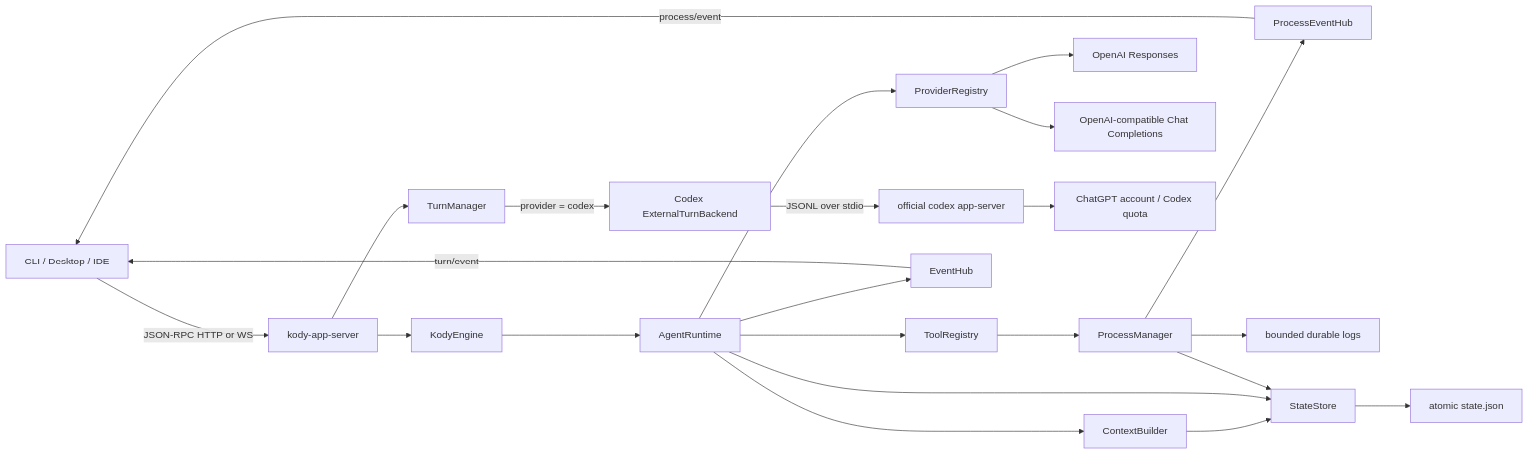
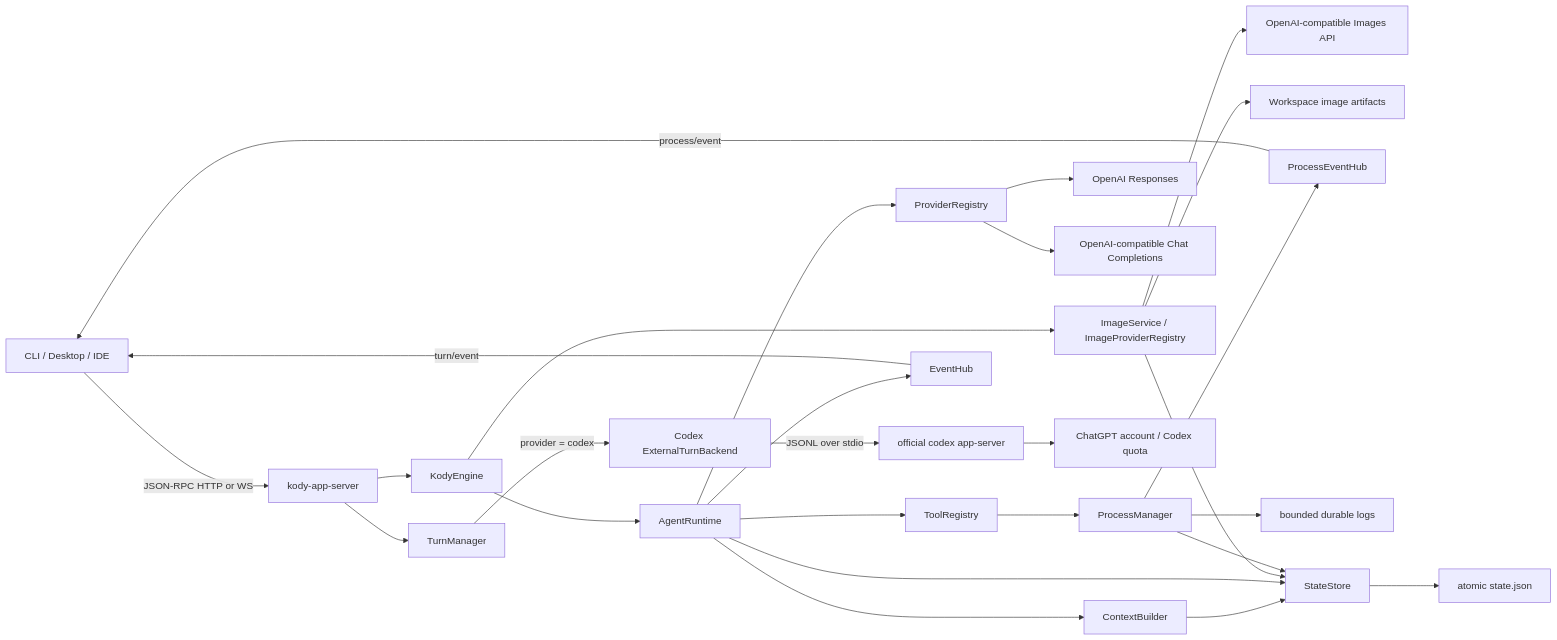
The first of 3 diagrams in docs/architecture.md (jianliang00/kody), drawn with Mermaid before and after one commit. The commit also changed other lines of this file and 47 other files, not shown here.

````diff
--- a/docs/architecture.md
+++ b/docs/architecture.md
@@ -5,25 +5,29 @@
 ```mermaid
 flowchart LR
     Client["CLI / Desktop / IDE"] -->|"JSON-RPC HTTP or WS"| Server["kody-app-server"]
     Server --> Engine["KodyEngine"]
     Server --> TurnManager["TurnManager"]
     Engine --> Runtime["AgentRuntime"]
     Runtime --> Context["ContextBuilder"]
     Runtime --> Providers["ProviderRegistry"]
     Providers --> Responses["OpenAI Responses"]
     Providers --> Compatible["OpenAI-compatible Chat Completions"]
+    Engine --> Images["ImageService / ImageProviderRegistry"]
+    Images --> ImageApi["OpenAI-compatible Images API"]
+    Images --> Artifacts["Workspace image artifacts"]
     TurnManager -->|"provider = codex"| CodexBackend["Codex ExternalTurnBackend"]
     CodexBackend -->|"JSONL over stdio"| CodexSidecar["official codex app-server"]
     CodexSidecar --> ChatGPT["ChatGPT account / Codex quota"]
     Runtime --> Tools["ToolRegistry"]
     Runtime --> Events["EventHub"]
     Tools --> Processes["ProcessManager"]
     Processes --> ProcessEvents["ProcessEventHub"]
     Processes --> ProcessLogs["bounded durable logs"]
     Context --> Store["StateStore"]
     Runtime --> Store
+    Images --> Store
     Processes --> Store
     Store --> Json["atomic state.json"]
     Events -->|"turn/event"| Client
     ProcessEvents -->|"process/event"| Client
 ```
````
